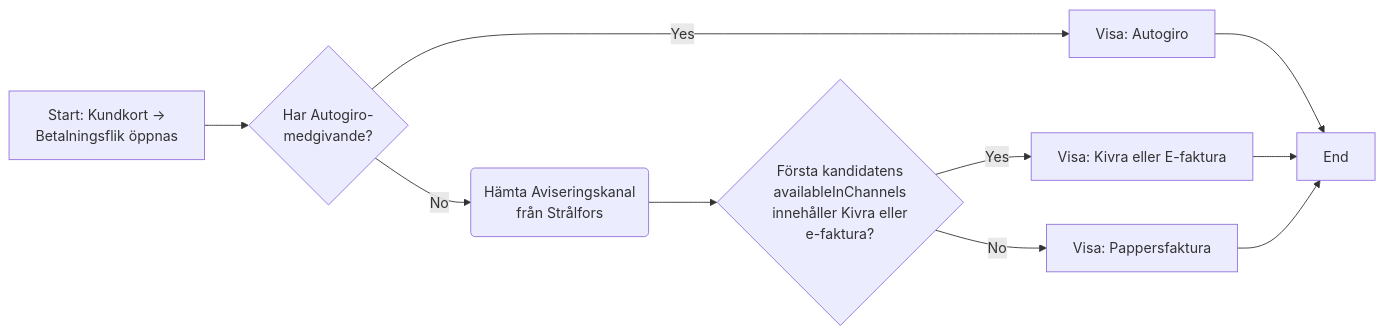
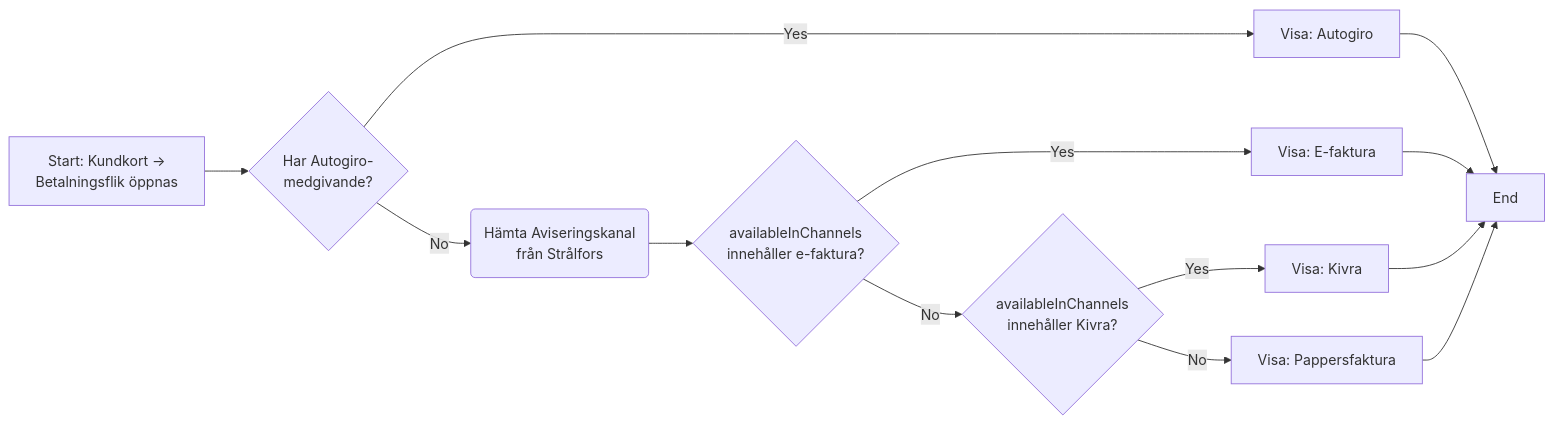
Before and after one commit to Bostads-AB-Mimer/onecore: the first of 2 diagrams in core/src/processes/invoicedistribution/DOCS_Invoice_Channel_Lookup.md, drawn with Mermaid. The commit also changed other lines of this file and 5 other files, not shown here.

````diff
--- a/core/src/processes/invoicedistribution/DOCS_Invoice_Channel_Lookup.md
+++ b/core/src/processes/invoicedistribution/DOCS_Invoice_Channel_Lookup.md
@@ -13,13 +13,16 @@
 ```mermaid
 flowchart LR
 A[Start: Kundkort ->
 Betalningsflik öppnas] --> B{Har Autogiro-<br/>medgivande?}
 B --> |Yes| C[Visa: Autogiro]
 B --> |No| D(Hämta Aviseringskanal<br/>från Strålfors)
-D --> E{Första kandidatens<br/>availableInChannels<br/>innehåller Kivra eller<br/>e-faktura?}
-E --> |Yes| F[Visa: Kivra eller E-faktura]
-E --> |No| G[Visa: Pappersfaktura]
+D --> E{availableInChannels<br/>innehåller e-faktura?}
+E --> |Yes| F[Visa: E-faktura]
+E --> |No| H{availableInChannels<br/>innehåller Kivra?}
+H --> |Yes| I[Visa: Kivra]
+H --> |No| G[Visa: Pappersfaktura]
 C --> O[End]
 F --> O
+I --> O
 G --> O
 ```
````
